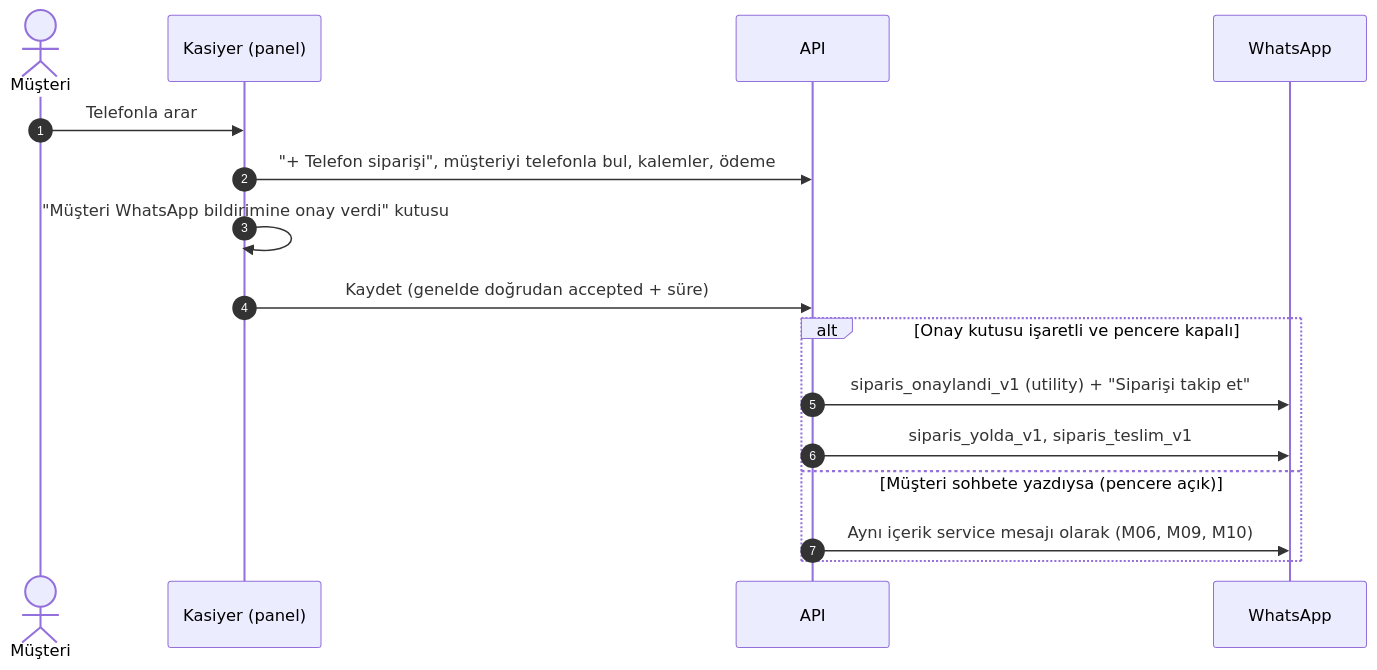
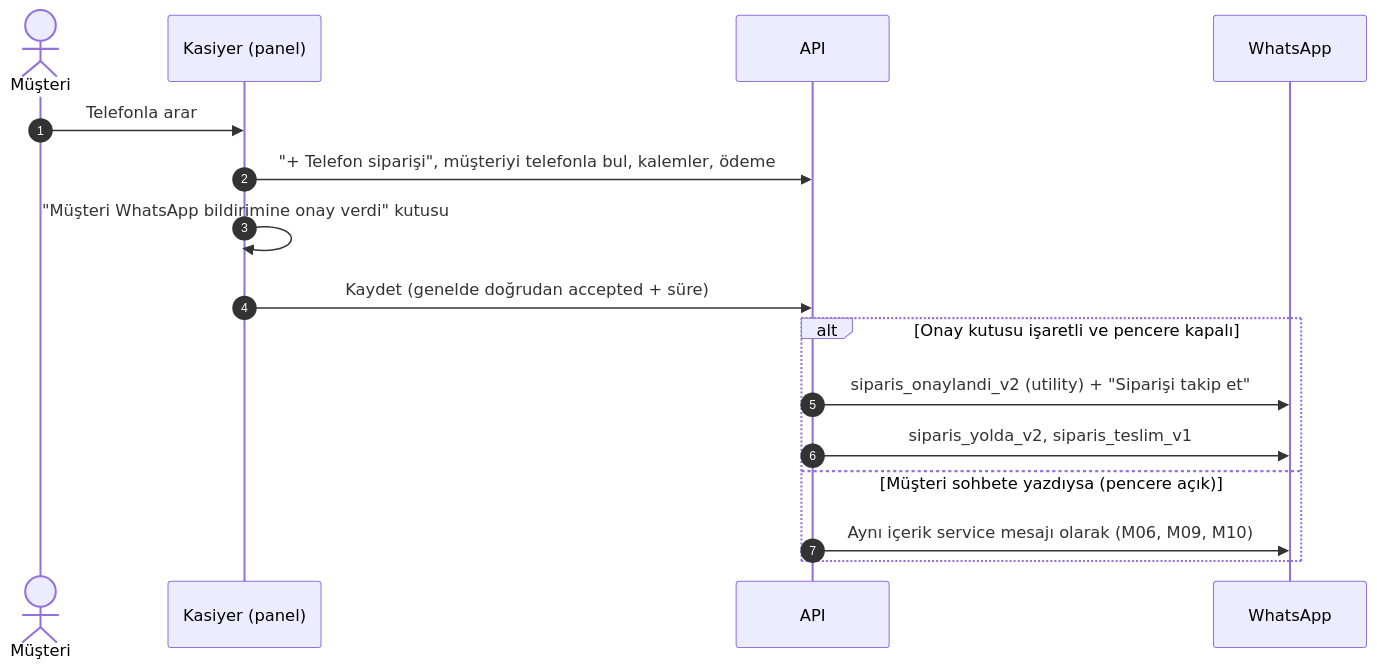
One commit to eraycaylak/siparisinonunde changed the sixth of 7 diagrams in docs/03-musteri-deneyimi-ve-storefront.md. Above: the diagram before and after it, drawn with Mermaid. The commit also changed other lines of this file and 11 other files, not shown here.

````diff
--- a/docs/03-musteri-deneyimi-ve-storefront.md
+++ b/docs/03-musteri-deneyimi-ve-storefront.md
@@ -275,18 +275,18 @@
 ```mermaid
 sequenceDiagram
     autonumber
     actor M as Müşteri
     participant K as Kasiyer (panel)
     participant B as API
     participant WA as WhatsApp
     M->>K: Telefonla arar
     K->>B: "+ Telefon siparişi", müşteriyi telefonla bul, kalemler, ödeme
     K->>K: "Müşteri WhatsApp bildirimine onay verdi" kutusu
     K->>B: Kaydet (genelde doğrudan accepted + süre)
     alt Onay kutusu işaretli ve pencere kapalı
-        B->>WA: siparis_onaylandi_v1 (utility) + "Siparişi takip et"
-        B->>WA: siparis_yolda_v1, siparis_teslim_v1
+        B->>WA: siparis_onaylandi_v2 (utility) + "Siparişi takip et"
+        B->>WA: siparis_yolda_v2, siparis_teslim_v1
     else Müşteri sohbete yazdıysa (pencere açık)
         B->>WA: Aynı içerik service mesajı olarak (M06, M09, M10)
     end
 ```
````
